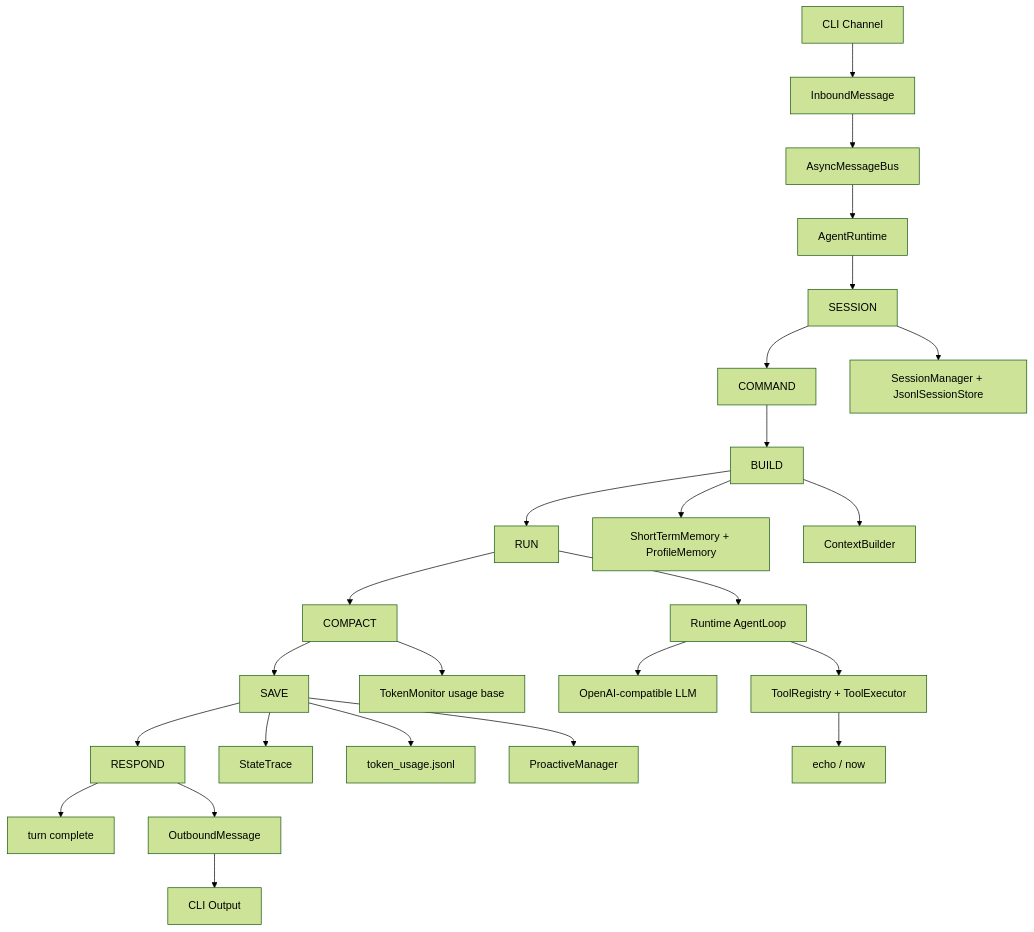
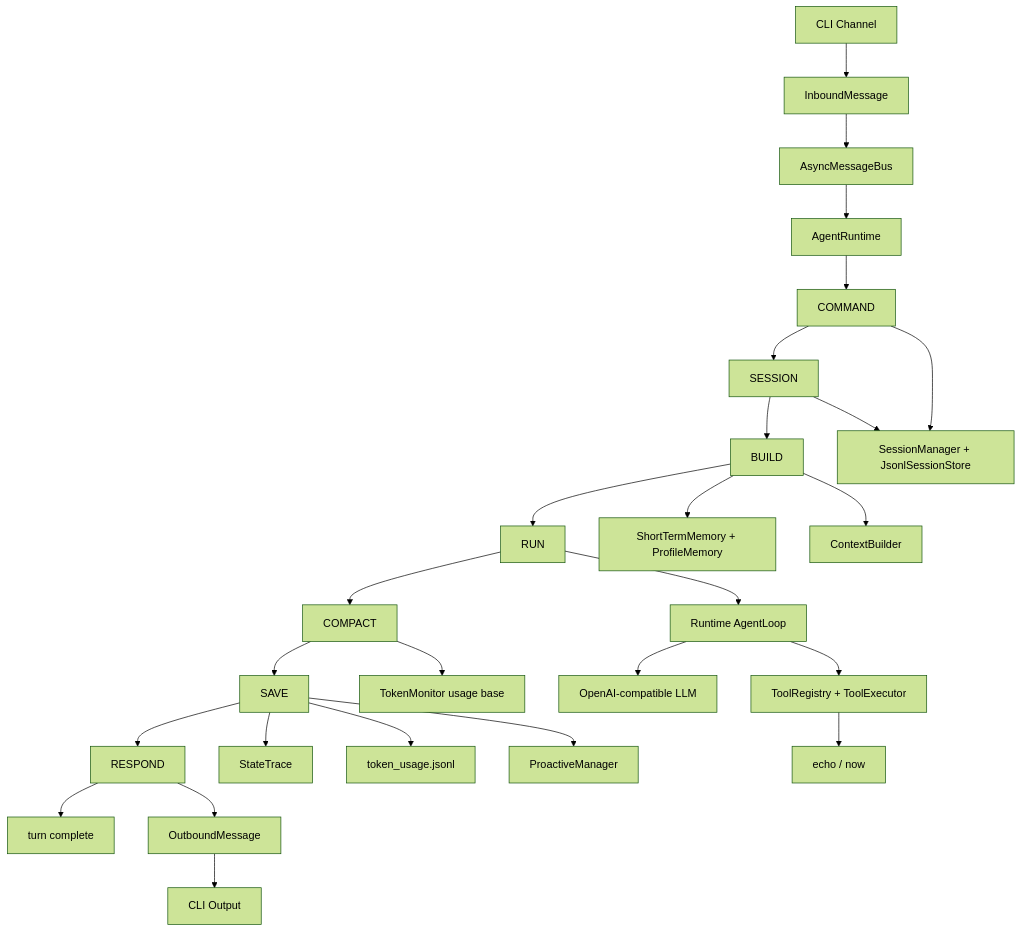
The diagram in README.md (neystan/Turning-Good-Agent), drawn with Mermaid (forest theme) before and after one commit. The commit also changed other lines of this file and 17 other files, not shown here.

````diff
--- a/README.md
+++ b/README.md
@@ -77,32 +79,33 @@
 ```mermaid
 flowchart TD
     CLI[CLI Channel] --> Inbound[InboundMessage]
     Inbound --> Bus[AsyncMessageBus]
     Bus --> Runtime[AgentRuntime]
 
-    Runtime --> Session[SESSION]
-    Session --> Command[COMMAND]
-    Command --> Build[BUILD]
+    Runtime --> Command[COMMAND]
+    Command --> Session[SESSION]
+    Session --> Build[BUILD]
     Build --> Run[RUN]
     Run --> Compact[COMPACT]
     Compact --> Save[SAVE]
     Save --> Respond[RESPOND]
     Respond --> End[turn complete]
 
-    Session --> SessionStore[SessionManager + JsonlSessionStore]
+    Command --> SessionStore[SessionManager + JsonlSessionStore]
+    Session --> SessionStore
     Build --> Memory[ShortTermMemory + ProfileMemory]
     Build --> Context[ContextBuilder]
 
     Run --> AgentLoop[Runtime AgentLoop]
     AgentLoop --> LLM[OpenAI-compatible LLM]
     AgentLoop --> Tools[ToolRegistry + ToolExecutor]
     Tools --> Builtins[echo / now]
 
     Compact --> Token[TokenMonitor usage base]
     Save --> Trace[StateTrace]
     Save --> TokenUsage[token_usage.jsonl]
     Save --> Proactive[ProactiveManager]
 
     Respond --> Outbound[OutboundMessage]
     Outbound --> CLIOut[CLI Output]
 ```
````
